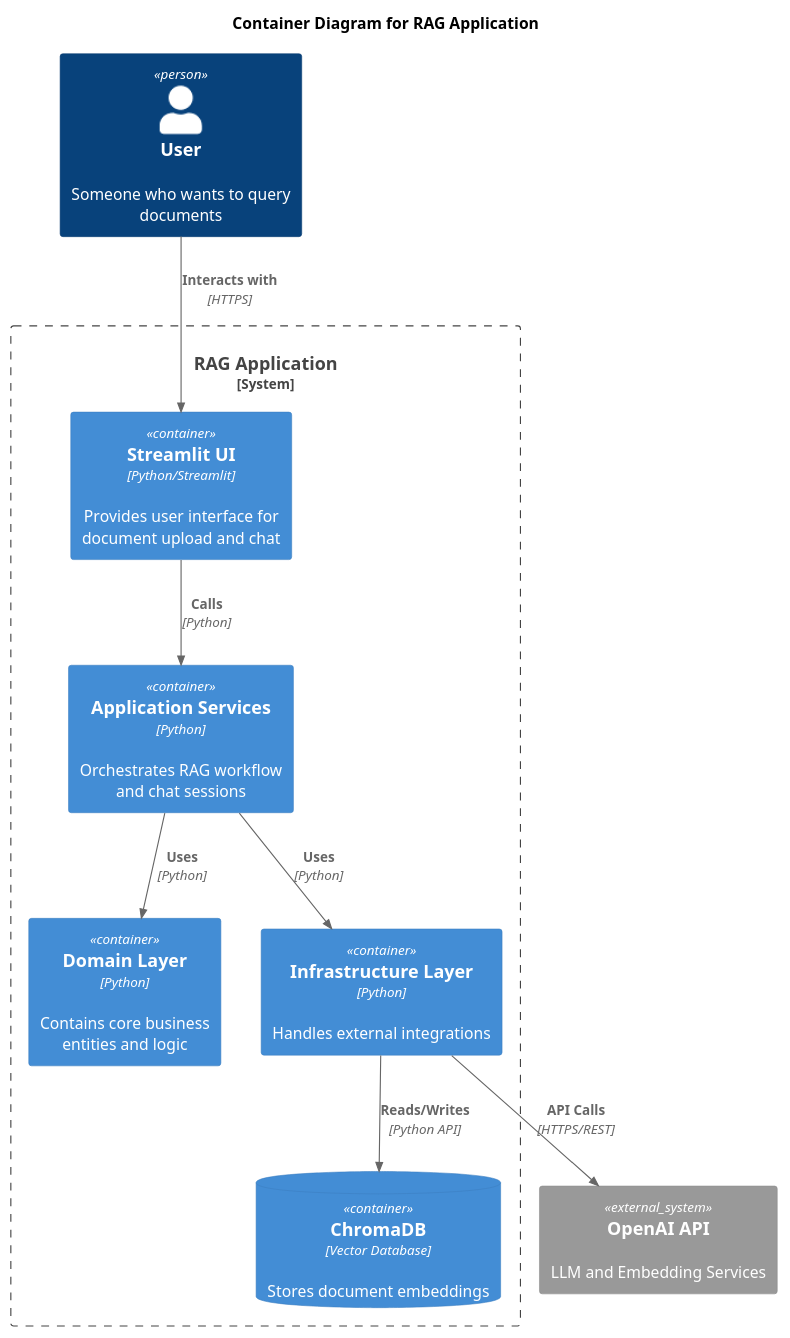
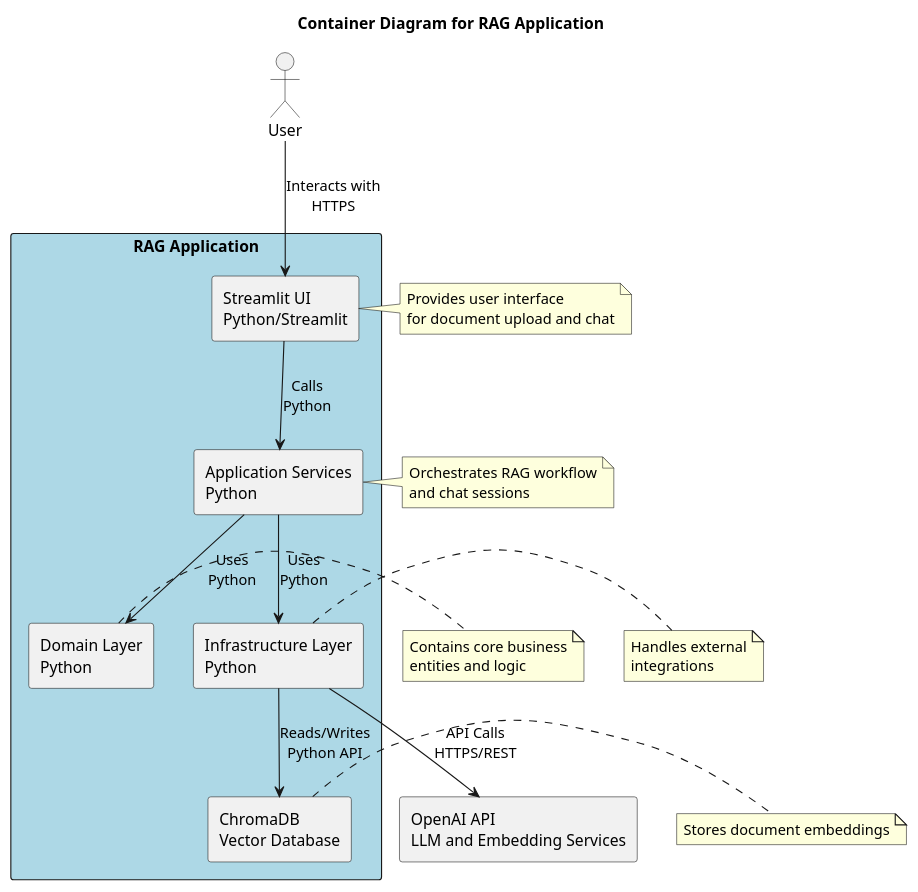
Before and after one commit to aselai-cpu/RAG: the diagram in docs/architecture/c4_container.puml, drawn with PlantUML. The commit also changed 3 other files, not shown here.

```diff
--- a/docs/architecture/c4_container.puml
+++ b/docs/architecture/c4_container.puml
@@ -1,25 +1,53 @@
 @startuml C4_Container
-!include https://raw.githubusercontent.com/plantuml-stdlib/C4-PlantUML/master/C4_Container.puml
+' Using basic PlantUML syntax for compatibility with older versions
+' If you need C4 styling, update PlantUML to version 1.2021.6 or later
+
+skinparam packageStyle rectangle
+skinparam componentStyle rectangle
 
 title Container Diagram for RAG Application
 
-Person(user, "User", "Someone who wants to query documents")
+actor User as user
 
-System_Boundary(rag_system, "RAG Application") {
-    Container(streamlit_ui, "Streamlit UI", "Python/Streamlit", "Provides user interface for document upload and chat")
-    Container(app_services, "Application Services", "Python", "Orchestrates RAG workflow and chat sessions")
-    Container(domain_layer, "Domain Layer", "Python", "Contains core business entities and logic")
-    Container(infrastructure, "Infrastructure Layer", "Python", "Handles external integrations")
-    ContainerDb(chroma, "ChromaDB", "Vector Database", "Stores document embeddings")
+package "RAG Application" #LightBlue {
+  component [Streamlit UI\nPython/Streamlit] as streamlit_ui
+  component [Application Services\nPython] as app_services
+  component [Domain Layer\nPython] as domain_layer
+  component [Infrastructure Layer\nPython] as infrastructure
+  database [ChromaDB\nVector Database] as chroma
 }
 
-System_Ext(openai, "OpenAI API", "LLM and Embedding Services")
+cloud [OpenAI API\nLLM and Embedding Services] as openai
 
-Rel(user, streamlit_ui, "Interacts with", "HTTPS")
-Rel(streamlit_ui, app_services, "Calls", "Python")
-Rel(app_services, domain_layer, "Uses", "Python")
-Rel(app_services, infrastructure, "Uses", "Python")
-Rel(infrastructure, chroma, "Reads/Writes", "Python API")
-Rel(infrastructure, openai, "API Calls", "HTTPS/REST")
+user --> streamlit_ui : Interacts with\nHTTPS
+streamlit_ui --> app_services : Calls\nPython
+app_services --> domain_layer : Uses\nPython
+app_services --> infrastructure : Uses\nPython
+infrastructure --> chroma : Reads/Writes\nPython API
+infrastructure --> openai : API Calls\nHTTPS/REST
+
+note right of streamlit_ui
+  Provides user interface
+  for document upload and chat
+end note
+
+note right of app_services
+  Orchestrates RAG workflow
+  and chat sessions
+end note
+
+note right of domain_layer
+  Contains core business
+  entities and logic
+end note
+
+note right of infrastructure
+  Handles external
+  integrations
+end note
+
+note right of chroma
+  Stores document embeddings
+end note
 
 @enduml
```
